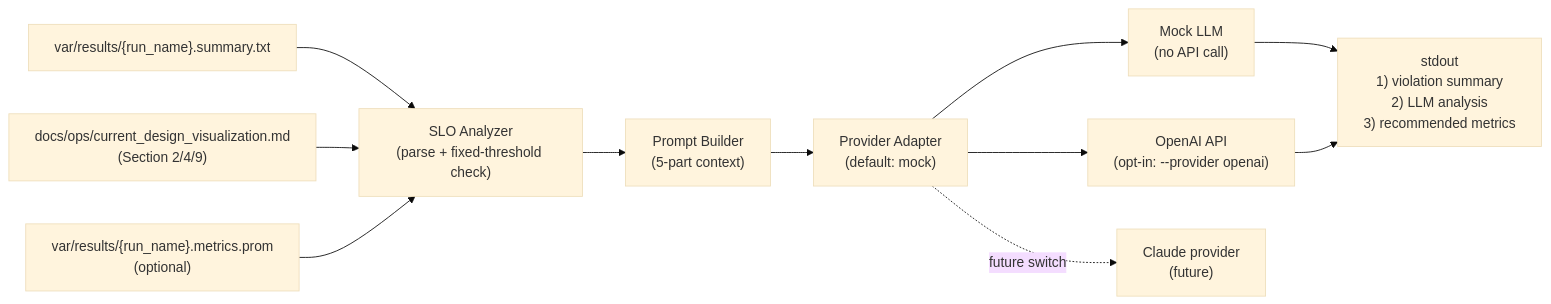
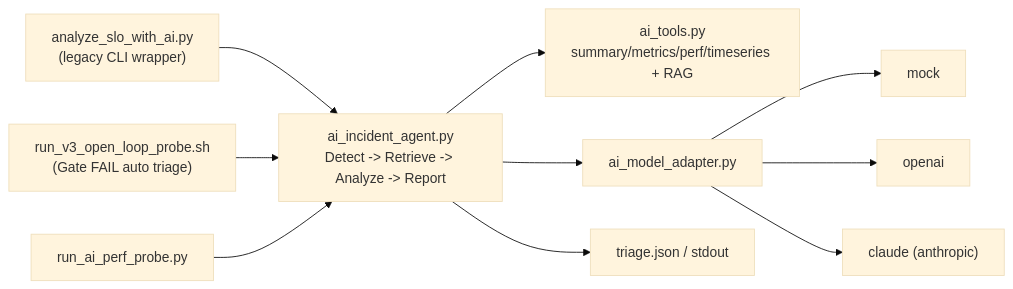
One commit to wsmaking/event-switchyard changed the diagram in docs/ops/ai_slo_analysis_implementation.md. Above: the diagram before and after it, drawn with Mermaid (base theme). The commit also changed other lines of this file and 3 other files, not shown here.

````diff
--- a/docs/ops/ai_slo_analysis_implementation.md
+++ b/docs/ops/ai_slo_analysis_implementation.md
@@ -14,15 +29,14 @@
 ```mermaid
 flowchart LR
-  SUM["var/results/{run_name}.summary.txt"] --> CORE["SLO Analyzer\n(parse + fixed-threshold check)"]
-  DOC["docs/ops/current_design_visualization.md\n(Section 2/4/9)"] --> CORE
-  PROM["var/results/{run_name}.metrics.prom\n(optional)"] --> CORE
+  ENTRY1["analyze_slo_with_ai.py\n(legacy CLI wrapper)"] --> AGENT["ai_incident_agent.py\nDetect -> Retrieve -> Analyze -> Report"]
+  ENTRY2["run_v3_open_loop_probe.sh\n(Gate FAIL auto triage)"] --> AGENT
+  ENTRY3["run_ai_perf_probe.py"] --> AGENT
 
-  CORE --> PROMPT["Prompt Builder\n(5-part context)"]
-  PROMPT --> ADAPTER["Provider Adapter\n(default: mock)"]
-  ADAPTER --> MOCK["Mock LLM\n(no API call)"]
-  ADAPTER --> OPENAI["OpenAI API\n(opt-in: --provider openai)"]
-  MOCK --> OUT["stdout\n1) violation summary\n2) LLM analysis\n3) recommended metrics"]
-  OPENAI --> OUT["stdout\n1) violation summary\n2) LLM analysis\n3) recommended metrics"]
+  AGENT --> TOOLS["ai_tools.py\nsummary/metrics/perf/timeseries + RAG"]
+  AGENT --> ADAPTER["ai_model_adapter.py"]
+  ADAPTER --> MOCK["mock"]
+  ADAPTER --> OA["openai"]
+  ADAPTER --> CL["claude (anthropic)"]
 
-  ADAPTER -. future switch .-> CLAUDE["Claude provider\n(future)"]
+  AGENT --> OUT["triage.json / stdout"]
 ```
````
